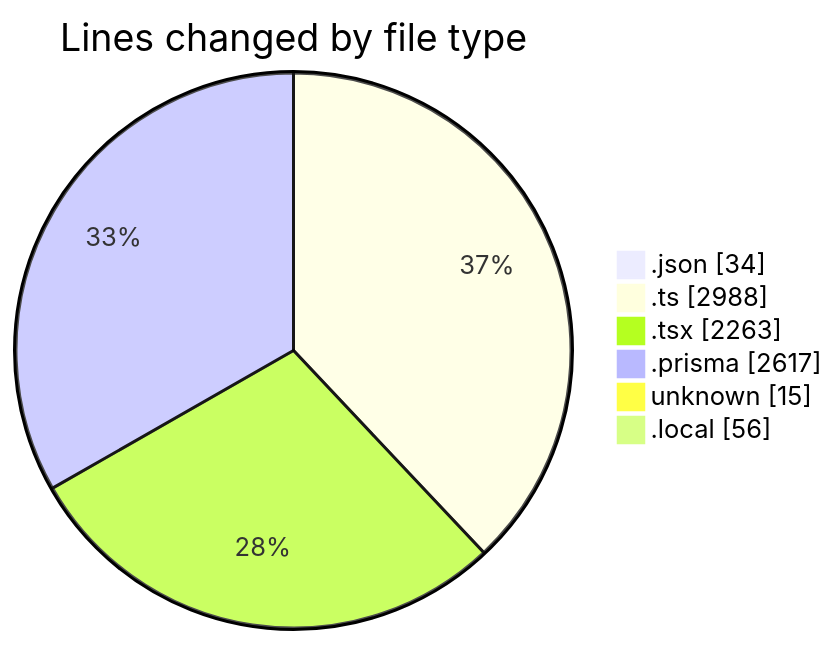
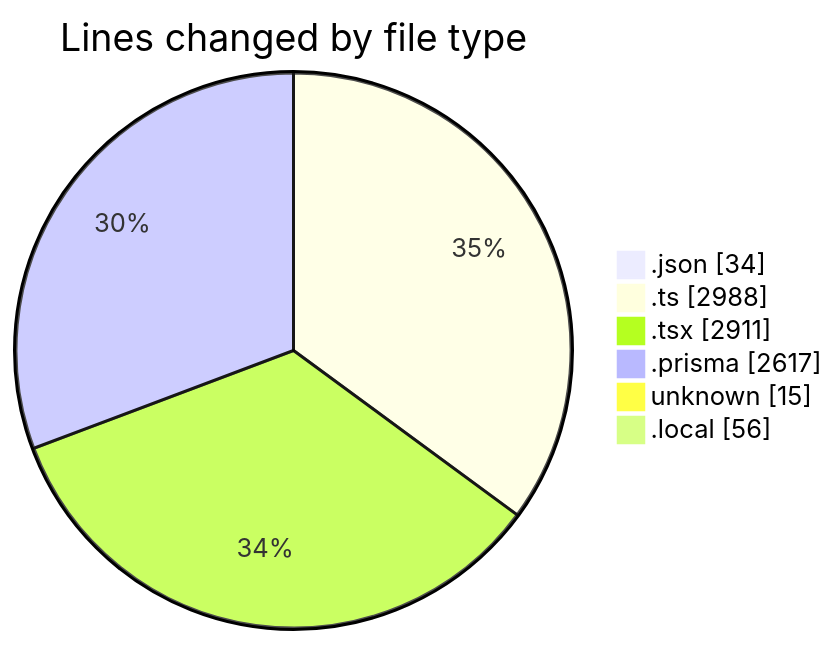
One commit to CELIANVF/code-tracking changed the first of 2 diagrams in 2025-05-15/ecodeli-1/README.md. Above: the diagram before and after it, drawn with Mermaid. The commit also changed other lines of this file and 1 other file, not shown here.

````diff
--- a/2025-05-15/ecodeli-1/README.md
+++ b/2025-05-15/ecodeli-1/README.md
@@ -39,10 +41,10 @@
 ```mermaid
 pie showData
 title Lines changed by file type
 ".json" : 34
 ".ts" : 2988
-".tsx" : 2263
+".tsx" : 2911
 ".prisma" : 2617
 "unknown" : 15
 ".local" : 56
 ```
````
